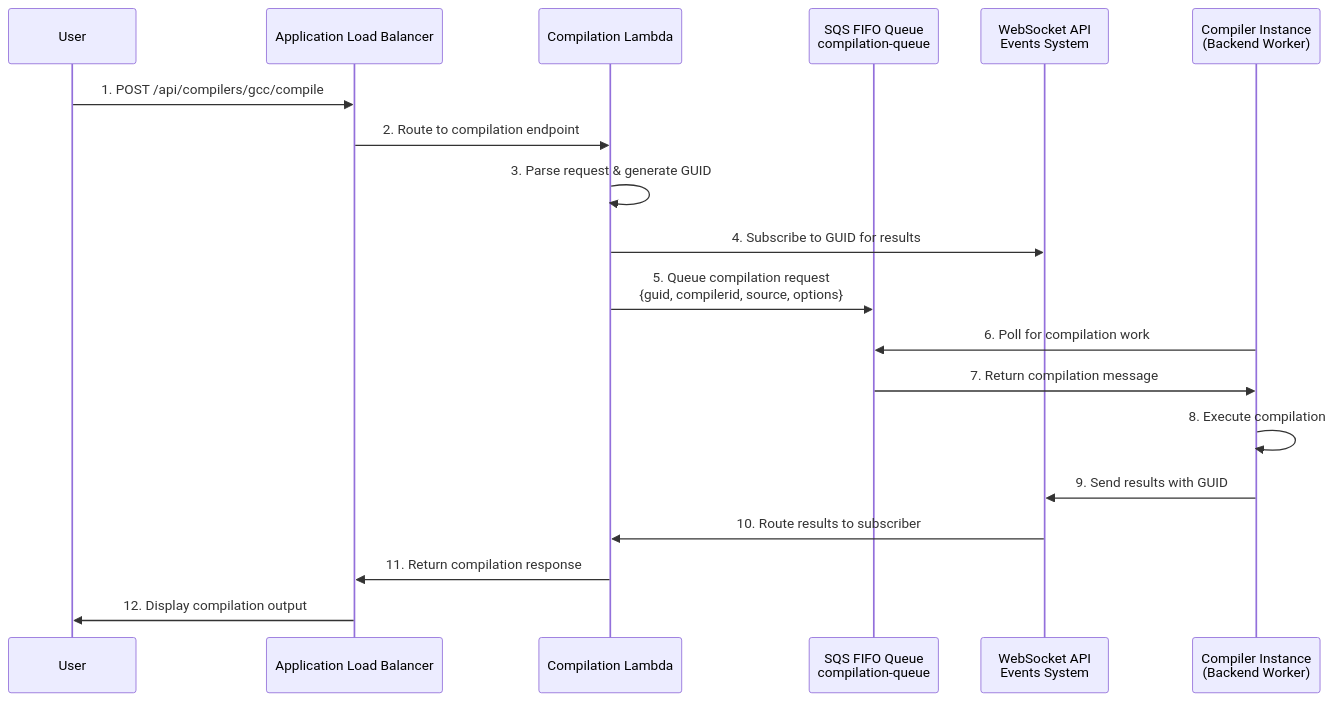
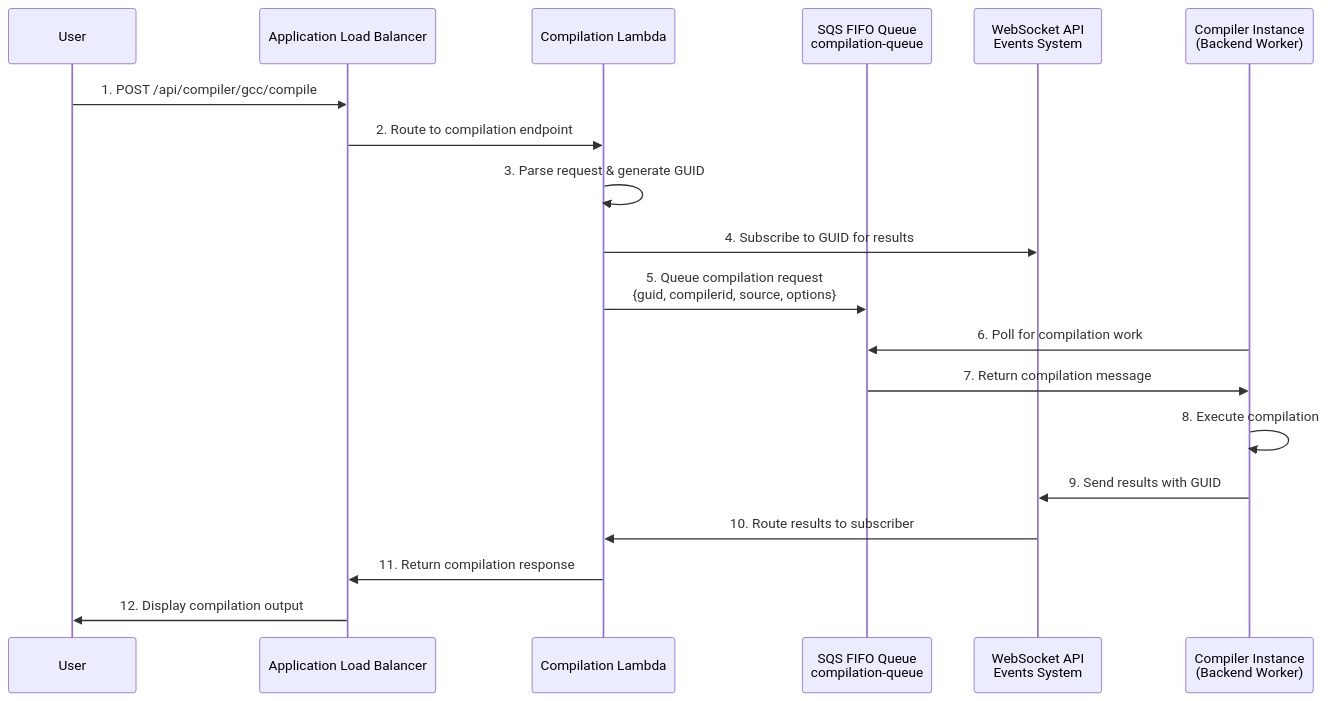
One commit to compiler-explorer/infra changed the first of 2 diagrams in docs/lambda_compilation_workflow.md. Above: the diagram before and after it, drawn with Mermaid. The commit also changed other lines of this file and 1 other file, not shown here.

````diff
--- a/docs/lambda_compilation_workflow.md
+++ b/docs/lambda_compilation_workflow.md
@@ -13,23 +13,23 @@
 ```mermaid
 sequenceDiagram
     participant User
     participant ALB as Application Load Balancer
     participant Lambda as Compilation Lambda
     participant SQS as SQS FIFO Queue<br/>compilation-queue
     participant WS as WebSocket API<br/>Events System
     participant Instance as Compiler Instance<br/>(Backend Worker)
 
-    User->>ALB: 1. POST /api/compilers/gcc/compile
+    User->>ALB: 1. POST /api/compiler/gcc/compile
     ALB->>Lambda: 2. Route to compilation endpoint
     Lambda->>Lambda: 3. Parse request & generate GUID
     Lambda->>WS: 4. Subscribe to GUID for results
     Lambda->>SQS: 5. Queue compilation request<br/>{guid, compilerid, source, options}
 
     Instance->>SQS: 6. Poll for compilation work
     SQS->>Instance: 7. Return compilation message
     Instance->>Instance: 8. Execute compilation
     Instance->>WS: 9. Send results with GUID
     WS->>Lambda: 10. Route results to subscriber
     Lambda->>ALB: 11. Return compilation response
     ALB->>User: 12. Display compilation output
 ```
````
